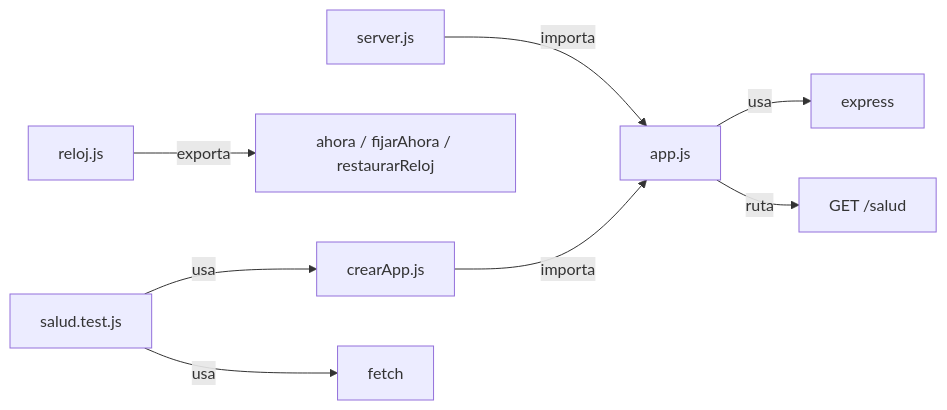
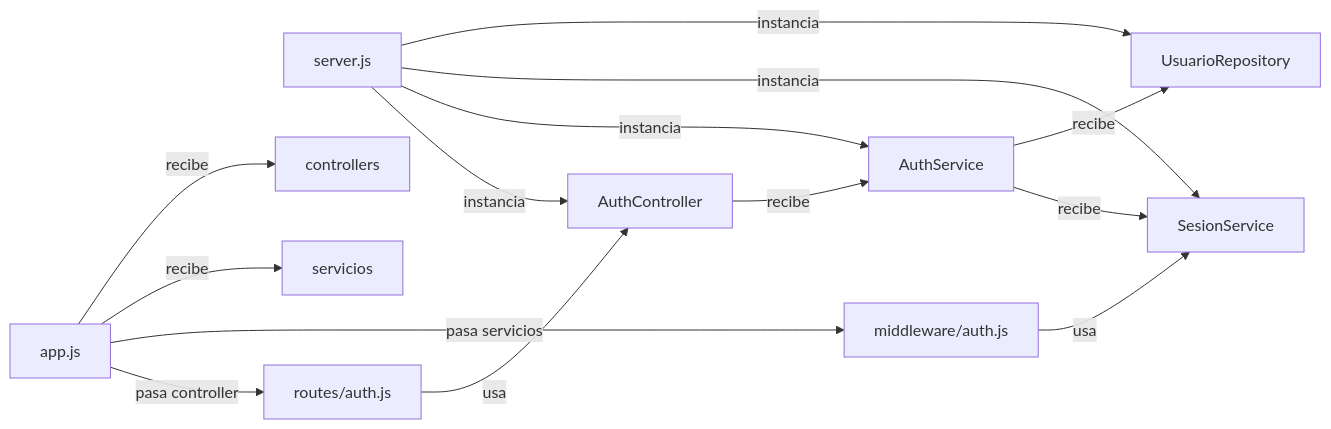
The diagram in .junie/plans/leer-docs.md (SanchezEnzo/ticket-ai-utnba), drawn with Mermaid before and after one commit. The commit also changed other lines of this file and 2 other files, not shown here.

````diff
--- a/.junie/plans/leer-docs.md
+++ b/.junie/plans/leer-docs.md
@@ -122,10 +106,16 @@
-``` mermaid
+```mermaid
 graph LR
-  A[server.js] -->|importa| B[app.js]
-  B -->|usa| C[express]
-  B -->|ruta| D[GET /salud]
-  E[reloj.js] -->|exporta| F[ahora / fijarAhora / restaurarReloj]
-  G[crearApp.js] -->|importa| B
-  H[salud.test.js] -->|usa| G
-  H -->|usa| I[fetch]
+  S[server.js] -->|instancia| R[UsuarioRepository]
+  S -->|instancia| SS[SesionService]
+  S -->|instancia| AS[AuthService]
+  S -->|instancia| AC[AuthController]
+  AS -->|recibe| R
+  AS -->|recibe| SS
+  AC -->|recibe| AS
+  A[app.js] -->|recibe| C[controllers]
+  A -->|recibe| SV[servicios]
+  A -->|pasa servicios| M[middleware/auth.js]
+  M -->|usa| SS
+  A -->|pasa controller| RT[routes/auth.js]
+  RT -->|usa| AC
 ```
````
